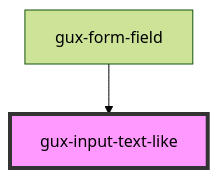
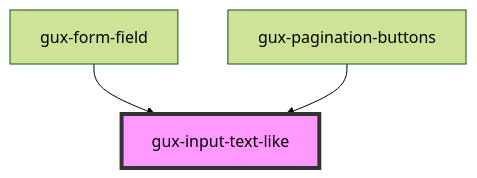
The diagram in src/components/stable/gux-form-field/components/gux-input-text-like/readme.md (MyPureCloud/genesys-webcomponents), drawn with Mermaid (forest theme) before and after one commit. The commit also changed other lines of this file and 8 other files, not shown here.

````diff
--- a/src/components/stable/gux-form-field/components/gux-input-text-like/readme.md
+++ b/src/components/stable/gux-form-field/components/gux-input-text-like/readme.md
@@ -32,5 +33,6 @@
 ```mermaid
 graph TD;
   gux-form-field --> gux-input-text-like
+  gux-pagination-buttons --> gux-input-text-like
   style gux-input-text-like fill:#f9f,stroke:#333,stroke-width:4px
 ```
````
